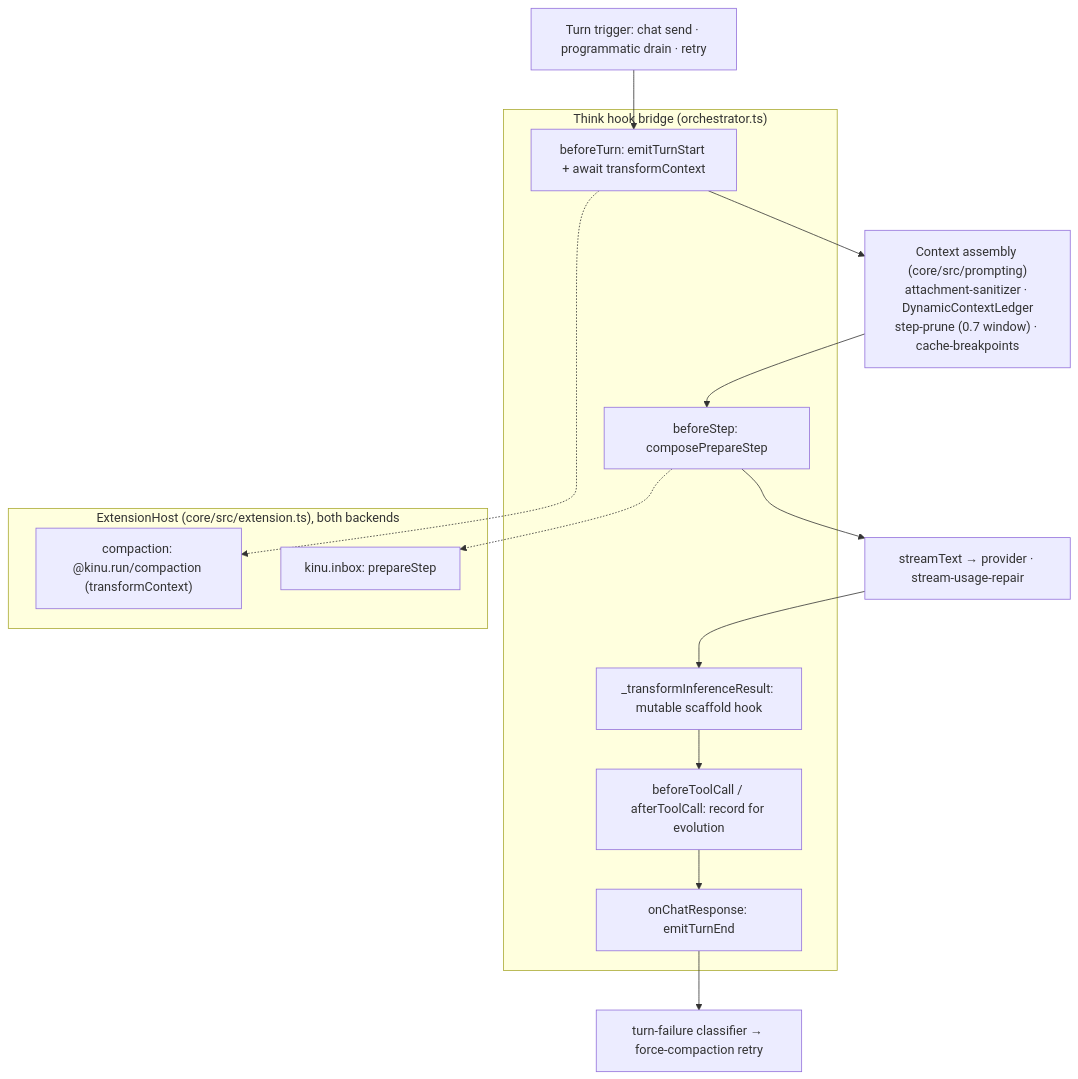
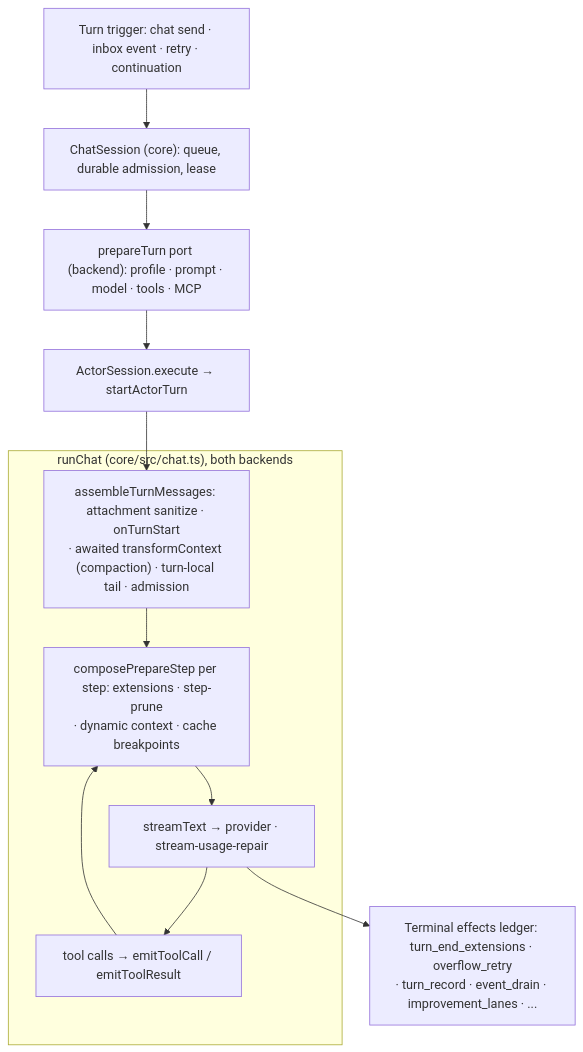
The third of 5 diagrams in docs/ARCHITECTURE.md (AshishKumar4/kinu), drawn with Mermaid before and after one commit. The commit also changed other lines of this file and 7 other files, not shown here.

First line of the commit message:
docs: rewrite the architecture, craft and testing docs for the core turn loop

````diff
--- a/docs/ARCHITECTURE.md
+++ b/docs/ARCHITECTURE.md
@@ -215,25 +204,19 @@
 ```mermaid
 flowchart TB
-    In["Turn trigger: chat send · programmatic drain · retry"]
+    In["Turn trigger: chat send · inbox event · retry · continuation"]
+    CS["ChatSession (core): queue, durable admission, lease"]
+    Prep["prepareTurn port (backend): profile · prompt · model · tools · MCP"]
+    AS["ActorSession.execute → startActorTurn"]
 
-    subgraph Bridge["Think hook bridge (orchestrator.ts)"]
-        BT["beforeTurn: emitTurnStart + await transformContext"]
-        BS["beforeStep: composePrepareStep"]
-        TC["beforeToolCall / afterToolCall: record for evolution"]
-        IT["_transformInferenceResult: mutable scaffold hook"]
-        CR["onChatResponse: emitTurnEnd"]
+    subgraph Run["runChat (core/src/chat.ts), both backends"]
+        Asm["assembleTurnMessages: attachment sanitize · onTurnStart<br/>· awaited transformContext (compaction) · turn-local tail · admission"]
+        Step["composePrepareStep per step: extensions · step-prune<br/>· dynamic context · cache breakpoints"]
+        Model["streamText → provider · stream-usage-repair"]
+        Tools["tool calls → emitToolCall / emitToolResult"]
     end
 
-    subgraph Host["ExtensionHost (core/src/extension.ts), both backends"]
-        Comp["compaction: @kinu.run/compaction (transformContext)"]
-        Inj["kinu.inbox: prepareStep"]
-    end
+    Settle["Terminal effects ledger: turn_end_extensions · overflow_retry<br/>· turn_record · event_drain · improvement_lanes · ..."]
 
-    Assembly["Context assembly (core/src/prompting)<br/>attachment-sanitizer · DynamicContextLedger<br/>step-prune (0.7 window) · cache-breakpoints"]
-    Model["streamText → provider · stream-usage-repair"]
-    Fail["turn-failure classifier → force-compaction retry"]
-
-    In --> BT --> Assembly --> BS --> Model --> IT --> TC --> CR --> Fail
-    BT -.-> Comp
-    BS -.-> Inj
+    In --> CS --> Prep --> AS --> Asm --> Step --> Model --> Tools --> Step
+    Model --> Settle
 ```
````
